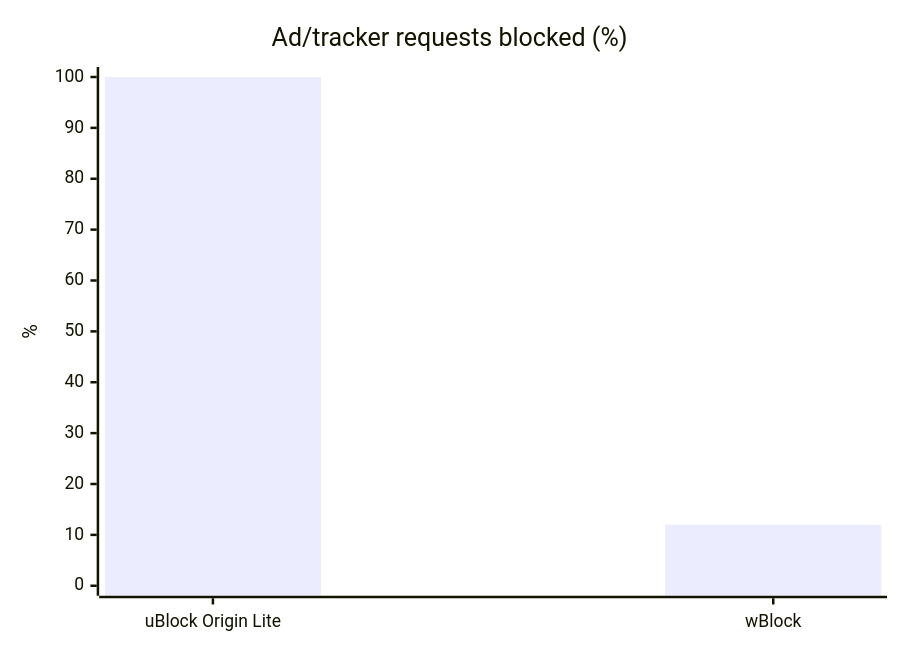
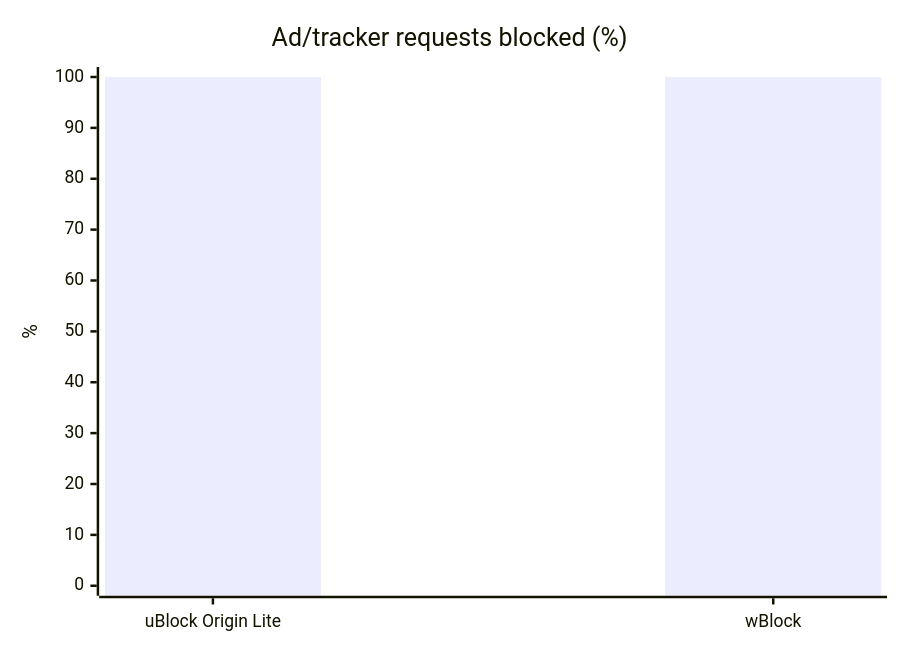
The first of 2 diagrams in README.md (btecu/safari-ad), drawn with Mermaid before and after one commit. The commit also changed other lines of this file and 54 other files, not shown here.

````diff
--- a/README.md
+++ b/README.md
@@ -57,7 +57,7 @@
 ```mermaid
 xychart-beta
   title "Ad/tracker requests blocked (%)"
   x-axis ["uBlock Origin Lite", "wBlock"]
   y-axis "%" 0 --> 100
-  bar [100, 12]
+  bar [100, 100]
 ```
````
